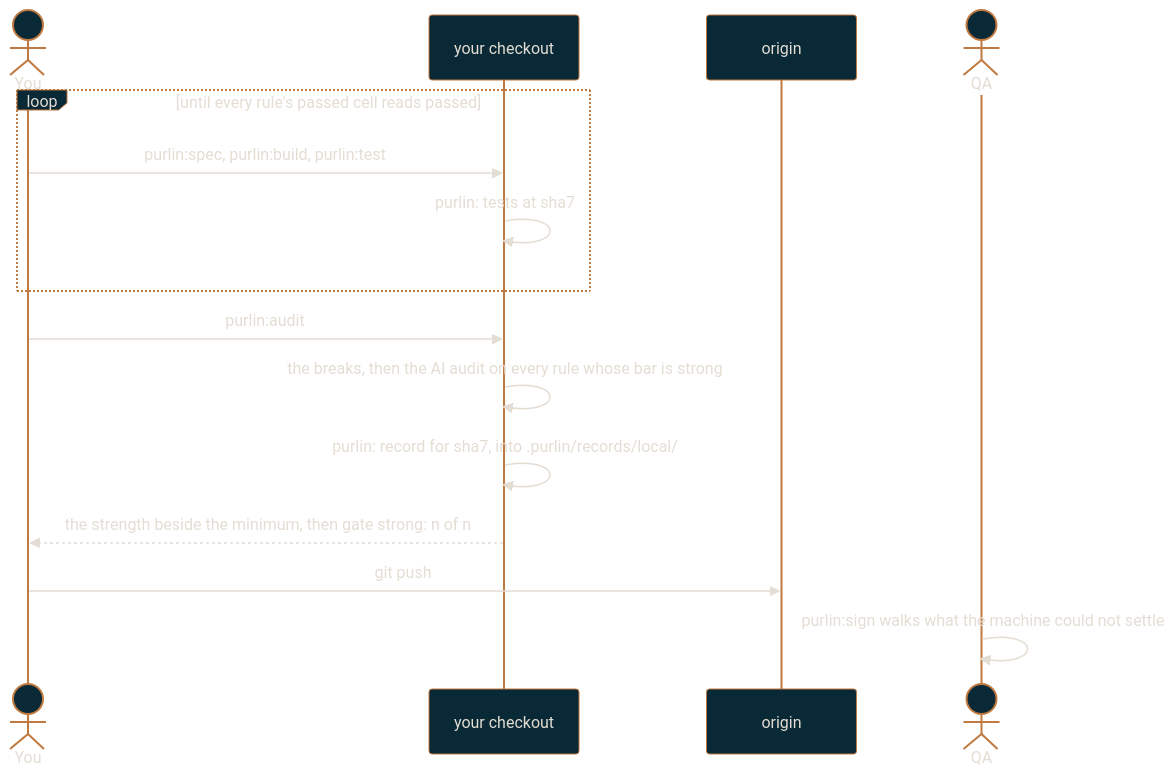
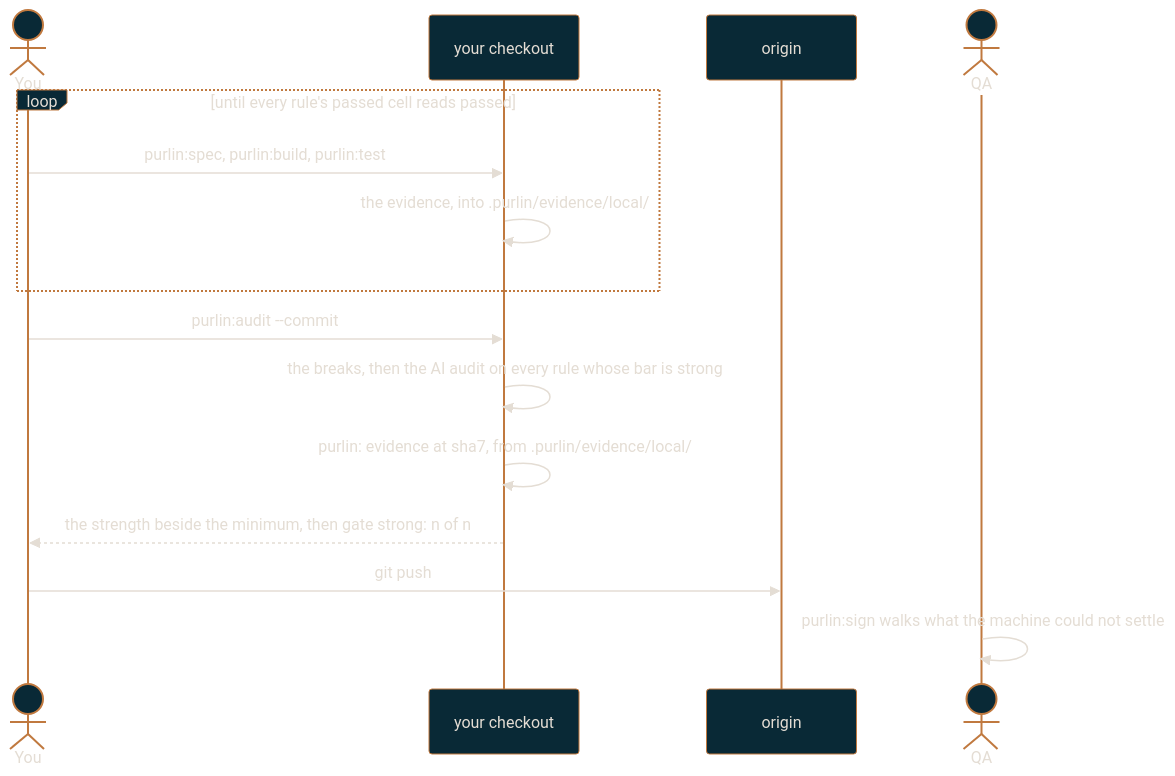
One commit to rlabarca/purlin changed the diagram in docs/team-workflow.md. Above: the diagram before and after it, drawn with Mermaid. The commit also changed other lines of this file and 13 other files, not shown here.

First line of the commit message:
docs: the pages name the evidence file, its commit and --commit

````diff
--- a/docs/team-workflow.md
+++ b/docs/team-workflow.md
@@ -34,18 +34,18 @@
 ```mermaid
 %%{init: {"theme": "base", "themeVariables": {"background": "#0C3444", "primaryColor": "#092936", "primaryTextColor": "#E4DDD4", "primaryBorderColor": "#C0793F", "lineColor": "#C0793F", "secondaryColor": "#0C3444", "tertiaryColor": "#092936", "fontFamily": "Arial", "textColor": "#E4DDD4"}}}%%
 sequenceDiagram
     actor You
     participant Tree as your checkout
     participant Origin as origin
     actor QA
     loop until every rule's passed cell reads passed
         You->>Tree: purlin:spec, purlin:build, purlin:test
-        Tree->>Tree: purlin: tests at sha7
+        Tree->>Tree: the evidence, into .purlin/evidence/local/
     end
-    You->>Tree: purlin:audit
+    You->>Tree: purlin:audit --commit
     Tree->>Tree: the breaks, then the AI audit on every rule whose bar is strong
-    Tree->>Tree: purlin: record for sha7, into .purlin/records/local/
+    Tree->>Tree: purlin: evidence at sha7, from .purlin/evidence/local/
     Tree-->>You: the strength beside the minimum, then gate strong: n of n
     You->>Origin: git push
     QA->>QA: purlin:sign walks what the machine could not settle
 ```
````
